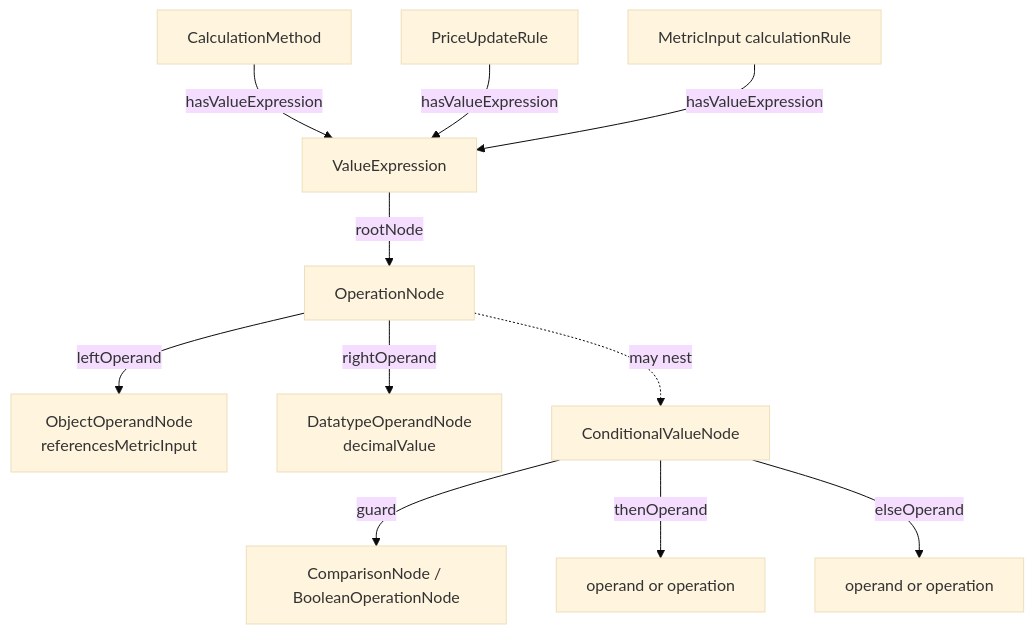
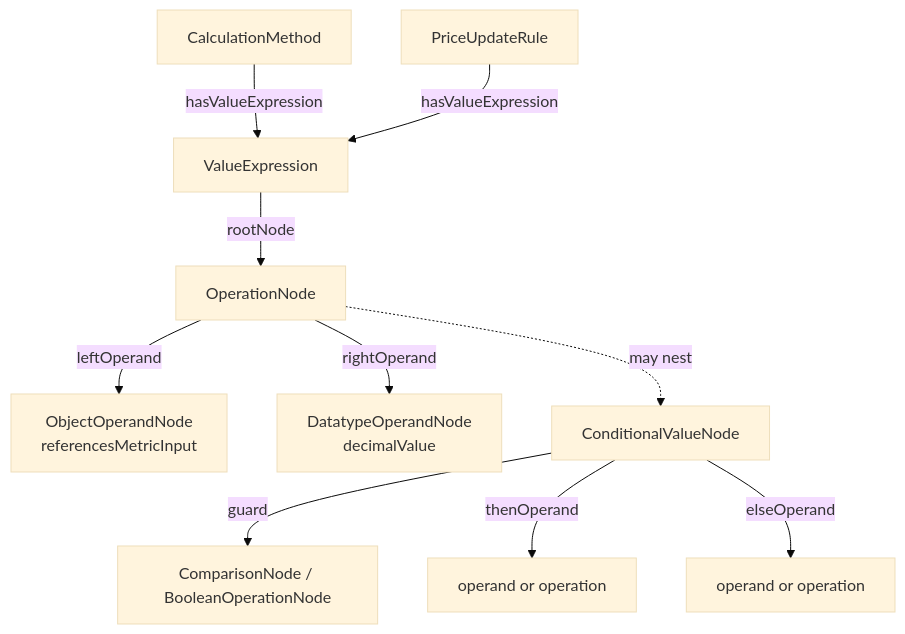
Before and after one commit to urpx-org/urpx: the diagram in dev-docs/specs/spec.urpx.ont.041.value-expressions.md, drawn with Mermaid (base theme). The commit also changed other lines of this file and 9 other files, not shown here.

````diff
--- a/dev-docs/specs/spec.urpx.ont.041.value-expressions.md
+++ b/dev-docs/specs/spec.urpx.ont.041.value-expressions.md
@@ -39,13 +39,12 @@
 ```mermaid
 flowchart TD
     CM[CalculationMethod] -- hasValueExpression --> VE[ValueExpression]
     PUR[PriceUpdateRule] -- hasValueExpression --> VE
-    MI[MetricInput calculationRule] -- hasValueExpression --> VE
     VE -- rootNode --> ON[OperationNode]
     ON -- leftOperand --> OO[ObjectOperandNode<br/>referencesMetricInput]
     ON -- rightOperand --> DO[DatatypeOperandNode<br/>decimalValue]
     ON -. may nest .-> CV[ConditionalValueNode]
     CV -- guard --> CN[ComparisonNode / BooleanOperationNode]
     CV -- thenOperand --> ON2[operand or operation]
     CV -- elseOperand --> ON3[operand or operation]
 ```
````
